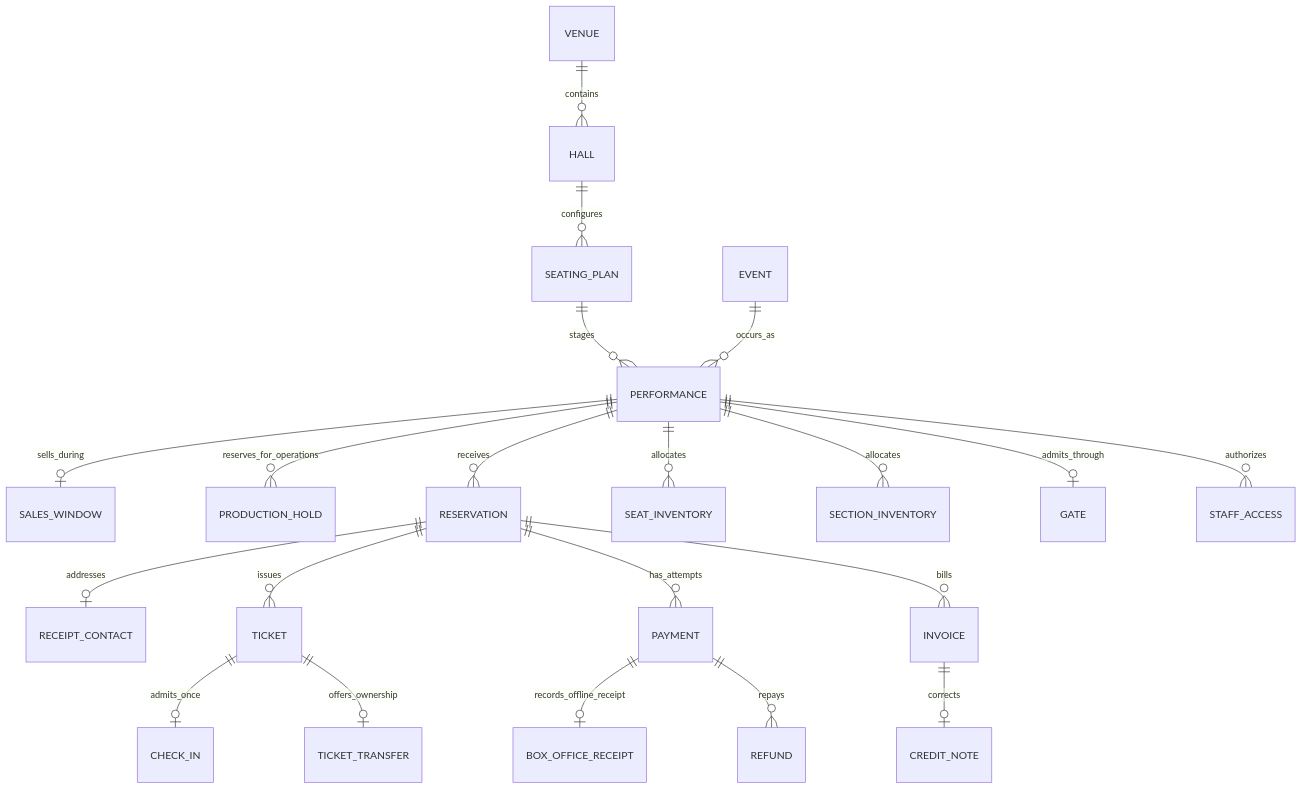
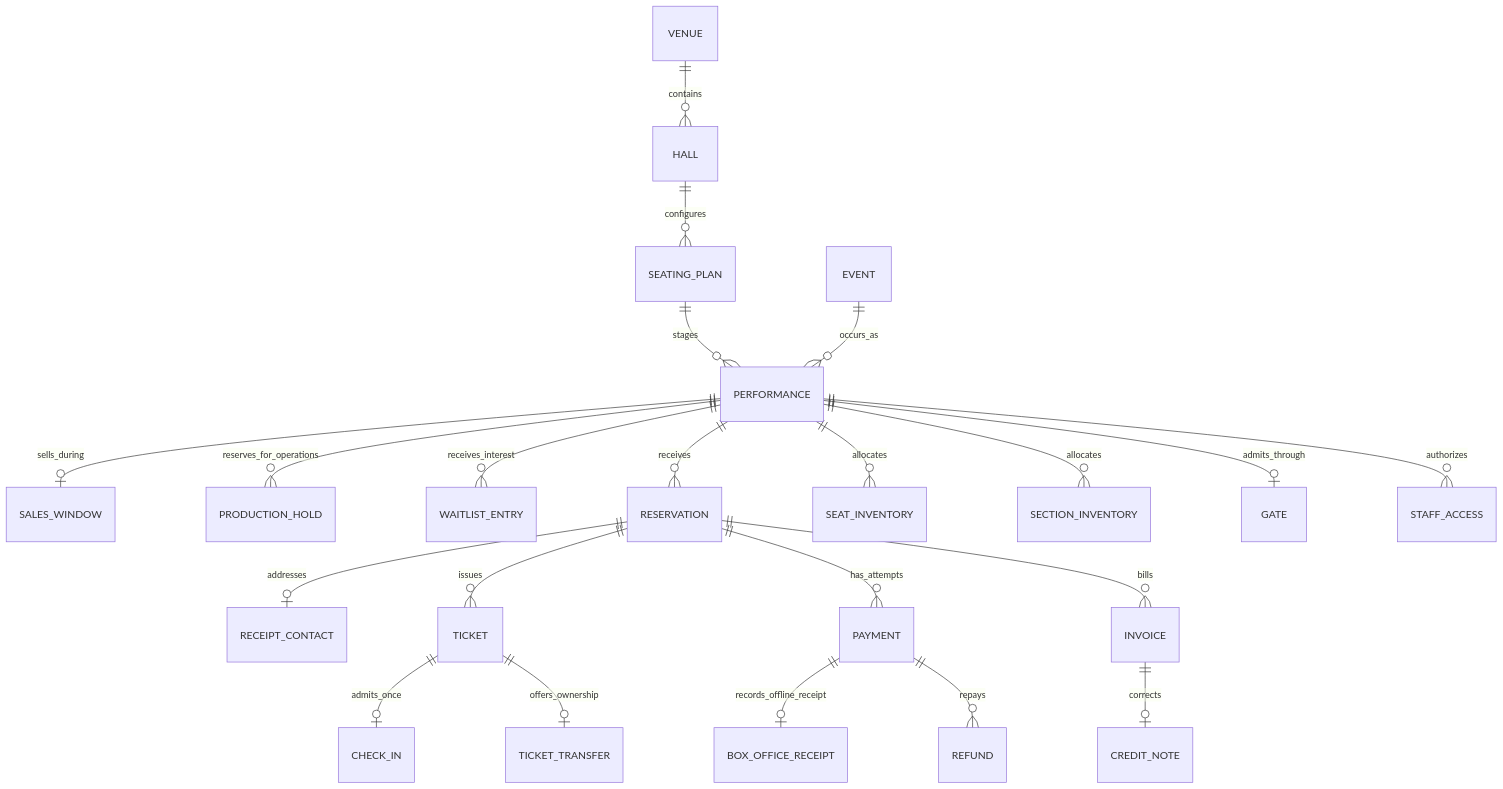
One commit to fluxzero-io/fluxzero-sample-ticketing changed the diagram in docs/model.md. Above: the diagram before and after it, drawn with Mermaid. The commit also changed other lines of this file and 20 other files, not shown here.

````diff
--- a/docs/model.md
+++ b/docs/model.md
@@ -3,23 +3,24 @@
 ```mermaid
 erDiagram
     VENUE ||--o{ HALL : contains
     HALL ||--o{ SEATING_PLAN : configures
     SEATING_PLAN ||--o{ PERFORMANCE : stages
     EVENT ||--o{ PERFORMANCE : occurs_as
     PERFORMANCE ||--o| SALES_WINDOW : sells_during
     PERFORMANCE ||--o{ PRODUCTION_HOLD : reserves_for_operations
+    PERFORMANCE ||--o{ WAITLIST_ENTRY : receives_interest
     PERFORMANCE ||--o{ RESERVATION : receives
     PERFORMANCE ||--o{ SEAT_INVENTORY : allocates
     PERFORMANCE ||--o{ SECTION_INVENTORY : allocates
     PERFORMANCE ||--o| GATE : admits_through
     PERFORMANCE ||--o{ STAFF_ACCESS : authorizes
     RESERVATION ||--o| RECEIPT_CONTACT : addresses
     RESERVATION ||--o{ TICKET : issues
     TICKET ||--o| CHECK_IN : admits_once
     TICKET ||--o| TICKET_TRANSFER : offers_ownership
     PAYMENT ||--o| BOX_OFFICE_RECEIPT : records_offline_receipt
     PAYMENT ||--o{ REFUND : repays
     RESERVATION ||--o{ PAYMENT : has_attempts
     RESERVATION ||--o{ INVOICE : bills
     INVOICE ||--o| CREDIT_NOTE : corrects
 ```
````
